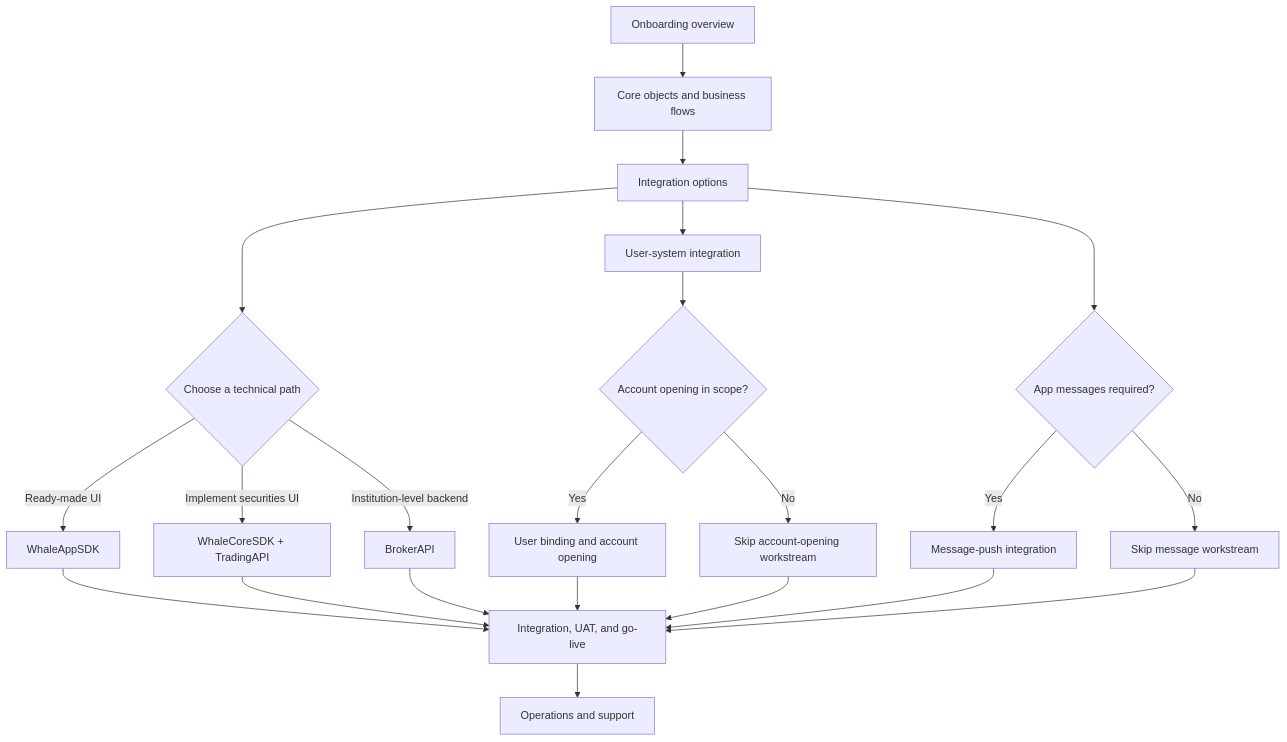
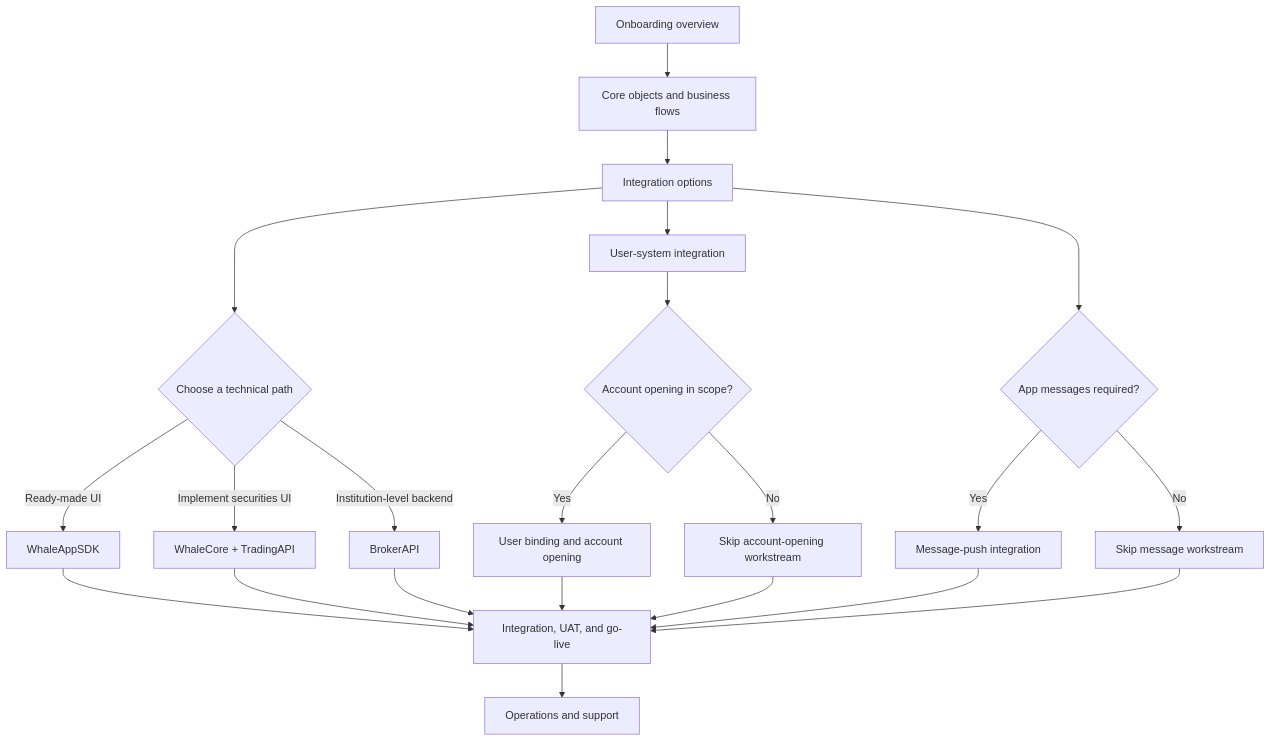
Before and after one commit to longbridge/whale-docs: the first of 2 diagrams in docs/en/docs/broker-onboarding.mdx, drawn with Mermaid. The commit also changed other lines of this file and 58 other files, not shown here.

First line of the commit message:
docs: clarify TradingAPI runs through WhaleCore, rename WhaleCoreSDK to WhaleCore, and sync SDK/TradingAPI updates (#70)

````diff
--- a/docs/en/docs/broker-onboarding.mdx
+++ b/docs/en/docs/broker-onboarding.mdx
@@ -14,24 +14,24 @@
 ```mermaid
 flowchart TD
     A[Onboarding overview] --> B[Core objects and business flows]
     B --> C[Integration options]
     C --> D{Choose a technical path}
     D -->|Ready-made UI| E[WhaleAppSDK]
-    D -->|Implement securities UI| F[WhaleCoreSDK + TradingAPI]
+    D -->|Implement securities UI| F[WhaleCore + TradingAPI]
     D -->|Institution-level backend| G[BrokerAPI]
     C --> H[User-system integration]
     H --> I{Account opening in scope?}
     I -->|Yes| J[User binding and account opening]
     I -->|No| K[Skip account-opening workstream]
     C --> L{App messages required?}
     L -->|Yes| M[Message-push integration]
     L -->|No| N[Skip message workstream]
     E --> O[Integration, UAT, and go-live]
     F --> O
     G --> O
     J --> O
     K --> O
     M --> O
     N --> O
     O --> P[Operations and support]
 ```
````
